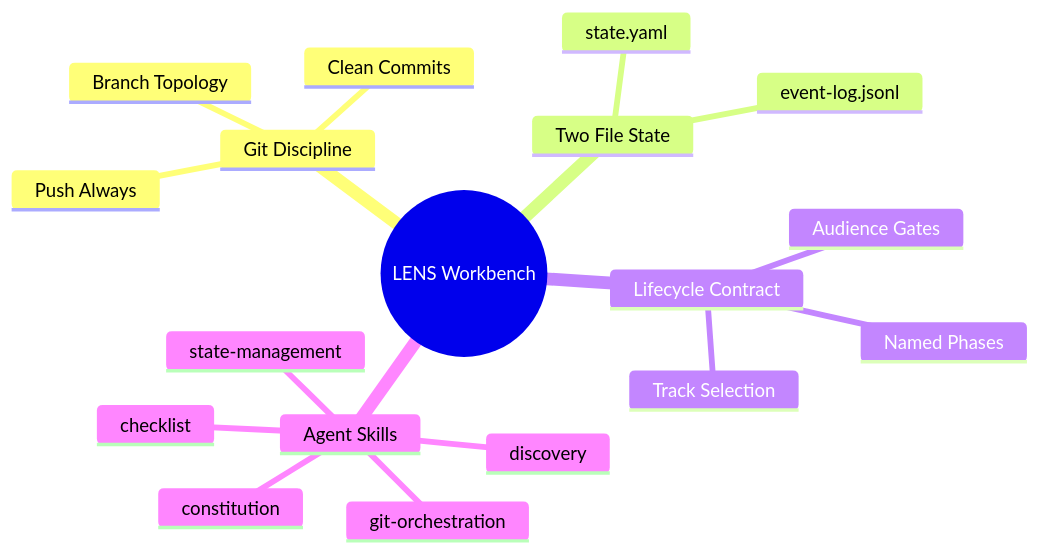
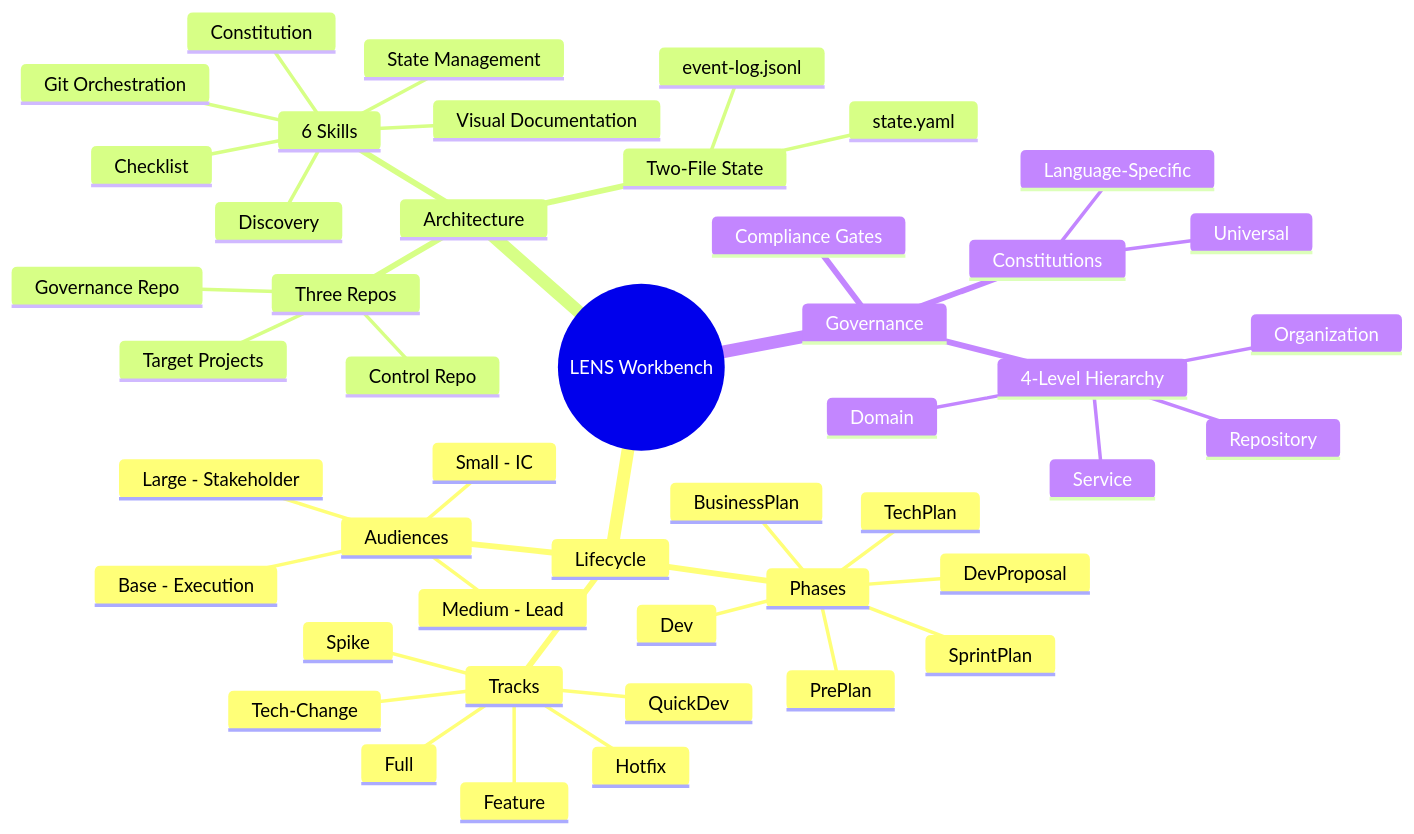
One commit to crisweber2600/Lens.Core.Src changed the second of 16 diagrams in README.md. Above: the diagram before and after it, drawn with Mermaid. The commit also changed other lines of this file, not shown here.

Commit message:
docs: comprehensive README rewrite with full end-to-end LENS Workbench documentation

````diff
--- a/README.md
+++ b/README.md
@@ -38,21 +79,49 @@
 ```mermaid
 mindmap
   root((LENS Workbench))
-    Git Discipline
-      Branch Topology
-      Clean Commits
-      Push Always
-    Two File State
-      state.yaml
-      event-log.jsonl
-    Lifecycle Contract
-      Named Phases
-      Audience Gates
-      Track Selection
-    Agent Skills
-      git-orchestration
-      state-management
-      discovery
-      constitution
-      checklist
+    Lifecycle
+      Phases
+        PrePlan
+        BusinessPlan
+        TechPlan
+        DevProposal
+        SprintPlan
+        Dev
+      Audiences
+        Small - IC
+        Medium - Lead
+        Large - Stakeholder
+        Base - Execution
+      Tracks
+        Full
+        Feature
+        Tech-Change
+        Hotfix
+        Spike
+        QuickDev
+    Architecture
+      Three Repos
+        Control Repo
+        Governance Repo
+        Target Projects
+      Two-File State
+        state.yaml
+        event-log.jsonl
+      6 Skills
+        Git Orchestration
+        State Management
+        Discovery
+        Constitution
+        Checklist
+        Visual Documentation
+    Governance
+      4-Level Hierarchy
+        Organization
+        Domain
+        Service
+        Repository
+      Constitutions
+        Universal
+        Language-Specific
+      Compliance Gates
 ```
````
